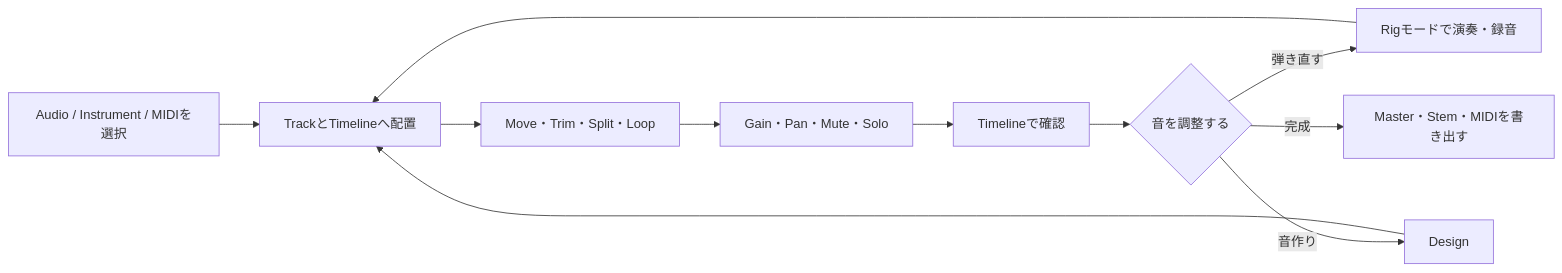
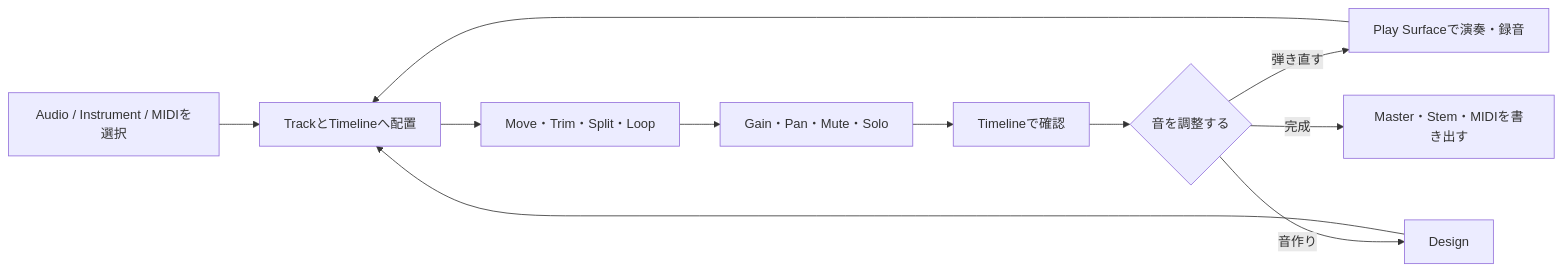
The tenth of 11 diagrams in docs/ui-ux-design/ui-ux-design.md (endo-ly/riffra), drawn with Mermaid before and after one commit. The commit also changed other lines of this file and 50 other files, not shown here.

Commit message:
feat: merge Play into Arrange Play Surface

````diff
--- a/docs/ui-ux-design/ui-ux-design.md
+++ b/docs/ui-ux-design/ui-ux-design.md
@@ -565,13 +555,13 @@
 ```mermaid
 flowchart LR
     BROWSER["Audio / Instrument / MIDIを選択"] --> PLACE["TrackとTimelineへ配置"]
     PLACE --> EDIT["Move・Trim・Split・Loop"]
     EDIT --> MIX["Gain・Pan・Mute・Solo"]
     MIX --> PLAY["Timelineで確認"]
     PLAY --> DECIDE{"音を調整する"}
-    DECIDE -->|弾き直す| RIG["Rigモードで演奏・録音"]
+    DECIDE -->|弾き直す| SURFACE["Play Surfaceで演奏・録音"]
     DECIDE -->|音作り| D["Design"]
-    RIG --> PLACE
+    SURFACE --> PLACE
     D --> PLACE
     DECIDE -->|完成| EXPORT["Master・Stem・MIDIを書き出す"]
 ```
````
